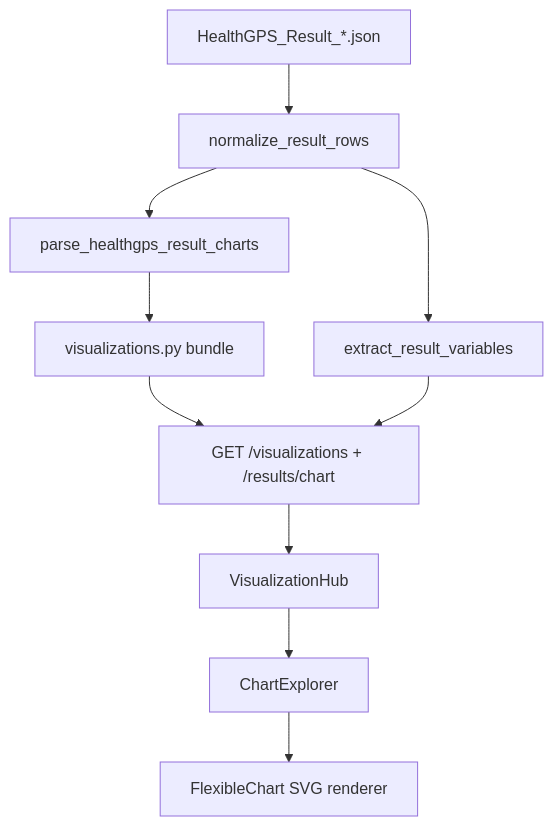
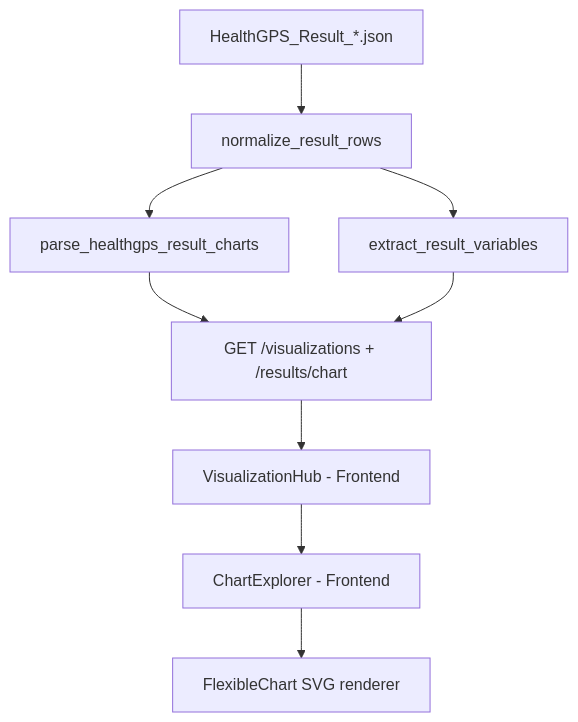
Before and after one commit to imperialCHEPI/healthgps: the seventh of 10 diagrams in documentation/technical/plans/HealthGPS_studio-GUI.md, drawn with Mermaid. The commit also changed other lines of this file and 1 other file, not shown here.

````diff
--- a/documentation/technical/plans/HealthGPS_studio-GUI.md
+++ b/documentation/technical/plans/HealthGPS_studio-GUI.md
@@ -280,18 +351,19 @@
 ```mermaid
 flowchart TB
     JSON[HealthGPS_Result_*.json]
-    NORM[normalize_result_rows]
-    PARSE[parse_healthgps_result_charts]
-    VIZ[visualizations.py bundle]
-    VARS[extract_result_variables]
+    Norm[normalize_result_rows]
+    Parse[parse_healthgps_result_charts]
+    Vars[extract_result_variables]
     API["GET /visualizations + /results/chart"]
-    HUB[VisualizationHub]
-    EXPLORER[ChartExplorer]
-    FLEX[FlexibleChart SVG renderer]
-    JSON --> NORM --> PARSE
-    NORM --> VARS
-    PARSE --> VIZ --> API
-    VARS --> API
-    API --> HUB
-    HUB --> EXPLORER --> FLEX
+    Hub[VisualizationHub - Frontend]
+    Explorer[ChartExplorer - Frontend]
+    Flex[FlexibleChart SVG renderer]
+
+    JSON --> Norm
+    Norm --> Parse
+    Norm --> Vars
+    Parse --> API
+    Vars --> API
+    API --> Hub
+    Hub --> Explorer --> Flex
 ```
````
